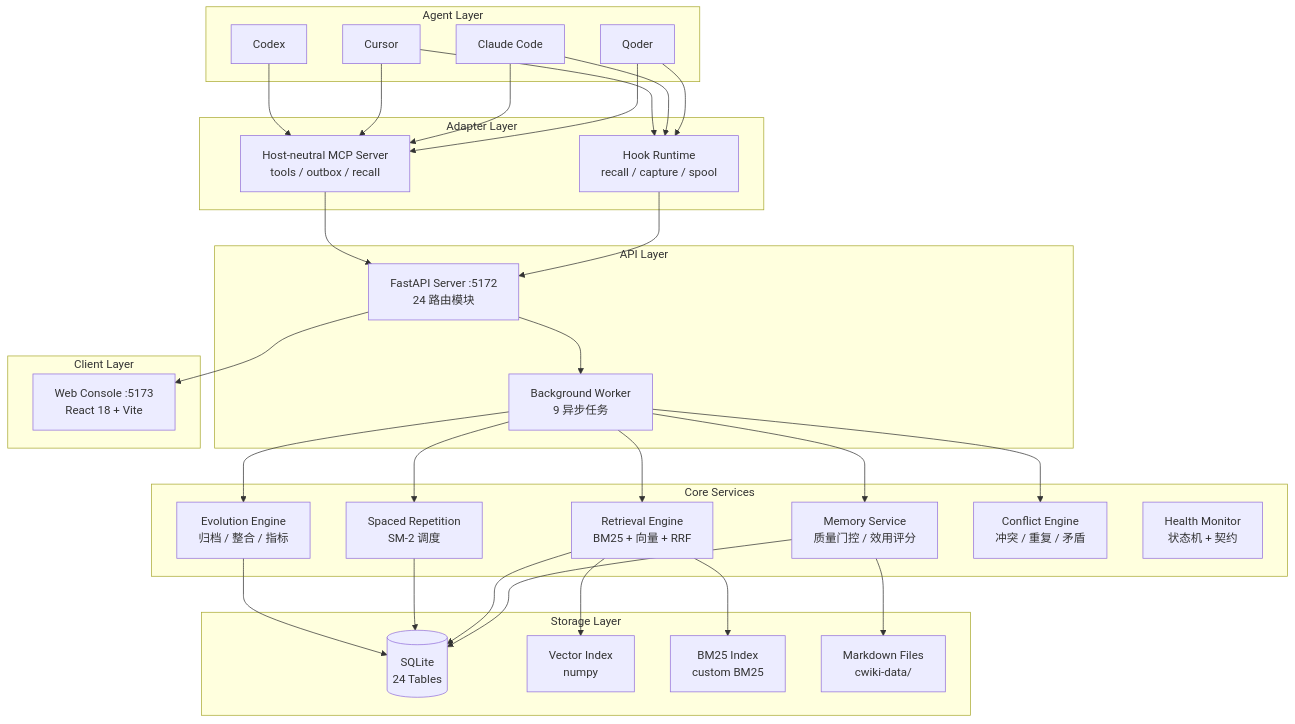
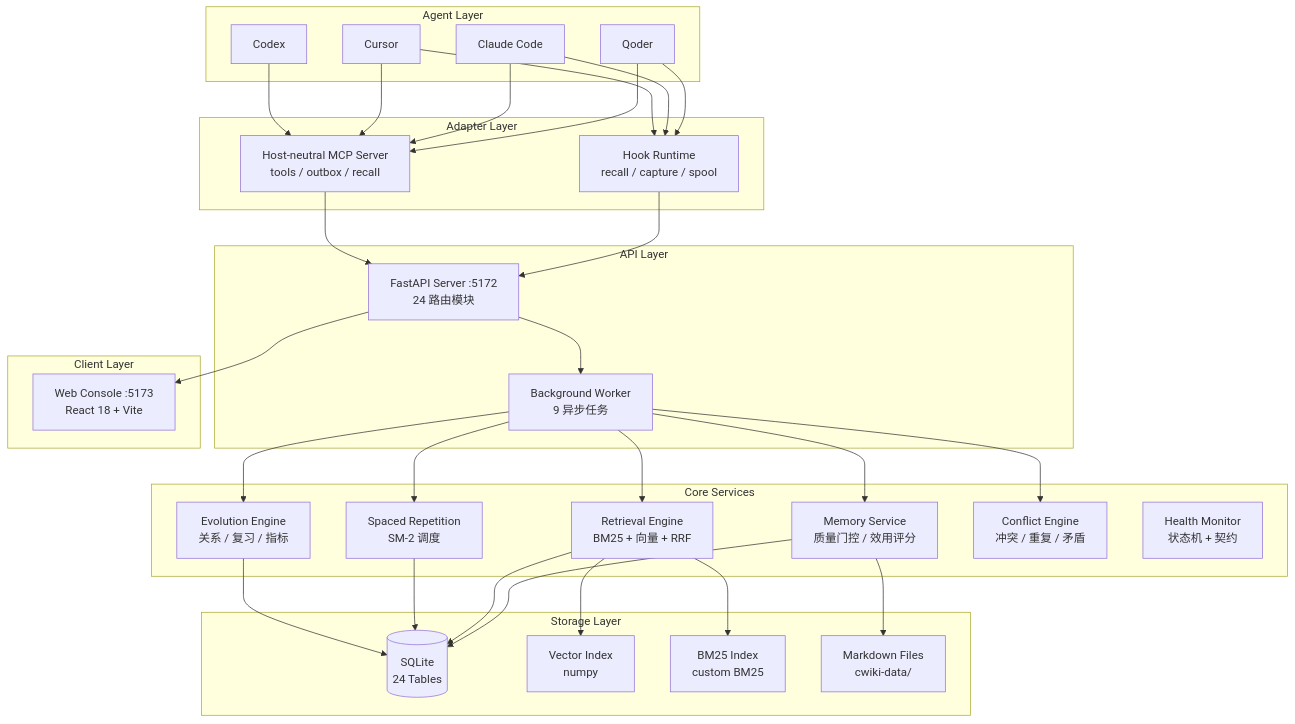
Before and after one commit to Chance-Wu/cwiki: the diagram in docs/architecture.md, drawn with Mermaid. The commit also changed other lines of this file and 274 other files, not shown here.

````diff
--- a/docs/architecture.md
+++ b/docs/architecture.md
@@ -5,66 +5,66 @@
 ```mermaid
 graph TB
     subgraph "Agent Layer"
         Qoder[Qoder]
         Claude[Claude Code]
         Cursor[Cursor]
         Codex[Codex]
     end
 
     subgraph "Adapter Layer"
         MCP[Host-neutral MCP Server<br/>tools / outbox / recall]
         Hooks[Hook Runtime<br/>recall / capture / spool]
     end
 
     subgraph "API Layer"
         API[FastAPI Server :5172<br/>24 路由模块]
         Worker[Background Worker<br/>9 异步任务]
     end
 
     subgraph "Core Services"
         Memory[Memory Service<br/>质量门控 / 效用评分]
         Retrieval[Retrieval Engine<br/>BM25 + 向量 + RRF]
         Spaced[Spaced Repetition<br/>SM-2 调度]
-        Evolution[Evolution Engine<br/>归档 / 整合 / 指标]
+        Evolution[Evolution Engine<br/>关系 / 复习 / 指标]
         Conflict[Conflict Engine<br/>冲突 / 重复 / 矛盾]
         Health[Health Monitor<br/>状态机 + 契约]
     end
 
     subgraph "Storage Layer"
         DB[(SQLite<br/>24 Tables)]
         Vector[Vector Index<br/>numpy]
         BM25[BM25 Index<br/>custom BM25]
         Files[Markdown Files<br/>cwiki-data/]
     end
 
     subgraph "Client Layer"
         WebUI[Web Console :5173<br/>React 18 + Vite]
     end
 
     Qoder --> MCP
     Claude --> MCP
     Cursor --> MCP
     Codex --> MCP
     Qoder --> Hooks
     Claude --> Hooks
     Cursor --> Hooks
     Hooks --> API
     MCP --> API
 
     API --> Worker
     Worker --> Memory
     Worker --> Retrieval
     Worker --> Spaced
     Worker --> Evolution
     Worker --> Conflict
 
     Memory --> DB
     Memory --> Files
     Retrieval --> Vector
     Retrieval --> BM25
     Retrieval --> DB
     Spaced --> DB
     Evolution --> DB
 
     API --> WebUI
 ```
````
